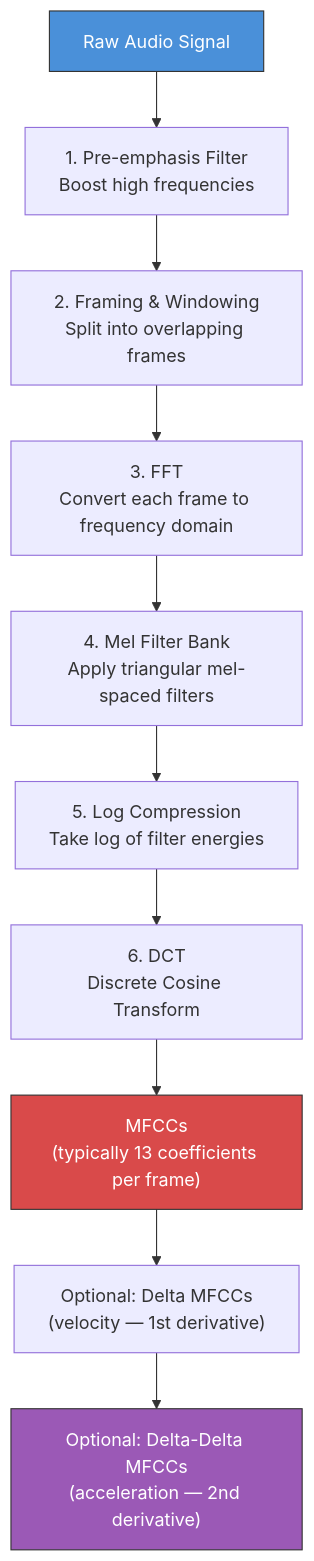
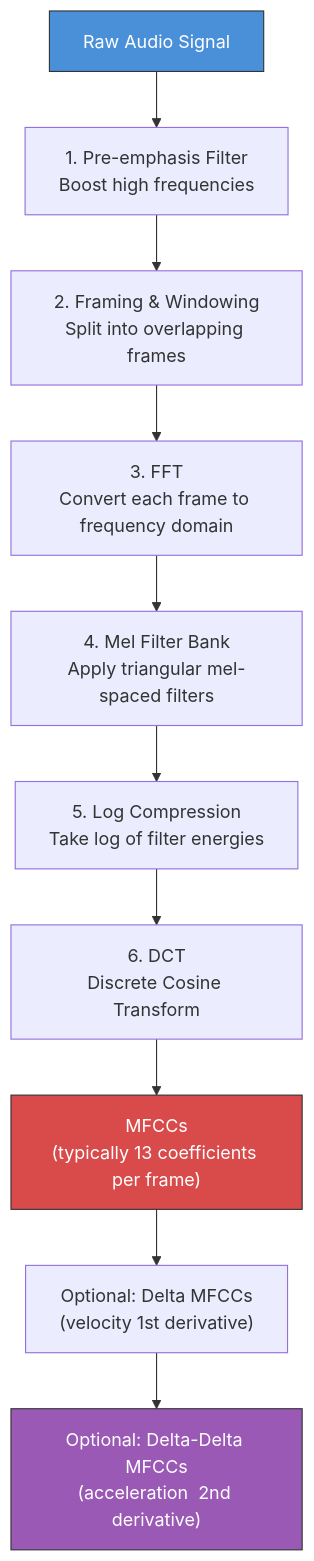
One commit to Sachinchaurasiya360/Article changed the fourth of 4 diagrams in Voice-Agents/voice-agent-deep-dive-part-2.md. Above: the diagram before and after it, drawn with Mermaid. The commit also changed other lines of this file and 73 other files, not shown here.

````diff
--- a/Voice-Agents/voice-agent-deep-dive-part-2.md
+++ b/Voice-Agents/voice-agent-deep-dive-part-2.md
@@ -923,17 +923,17 @@
 ```mermaid
 flowchart TD
     A["Raw Audio Signal"] --> B["1. Pre-emphasis Filter<br/>Boost high frequencies"]
     B --> C["2. Framing & Windowing<br/>Split into overlapping frames"]
     C --> D["3. FFT<br/>Convert each frame to frequency domain"]
     D --> E["4. Mel Filter Bank<br/>Apply triangular mel-spaced filters"]
     E --> F["5. Log Compression<br/>Take log of filter energies"]
     F --> G["6. DCT<br/>Discrete Cosine Transform"]
     G --> H["MFCCs<br/>(typically 13 coefficients per frame)"]
 
-    H --> I["Optional: Delta MFCCs<br/>(velocity — 1st derivative)"]
-    I --> J["Optional: Delta-Delta MFCCs<br/>(acceleration — 2nd derivative)"]
+    H --> I["Optional: Delta MFCCs<br/>(velocity  1st derivative)"]
+    I --> J["Optional: Delta-Delta MFCCs<br/>(acceleration  2nd derivative)"]
 
     style A fill:#4a90d9,stroke:#333,color:#fff
     style H fill:#d94a4a,stroke:#333,color:#fff
     style J fill:#9b59b6,stroke:#333,color:#fff
 ```
````
